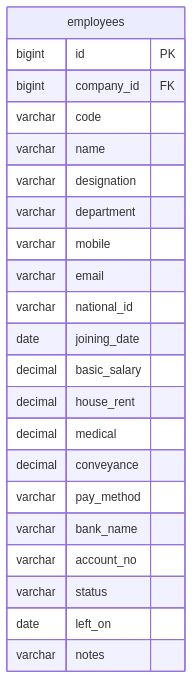
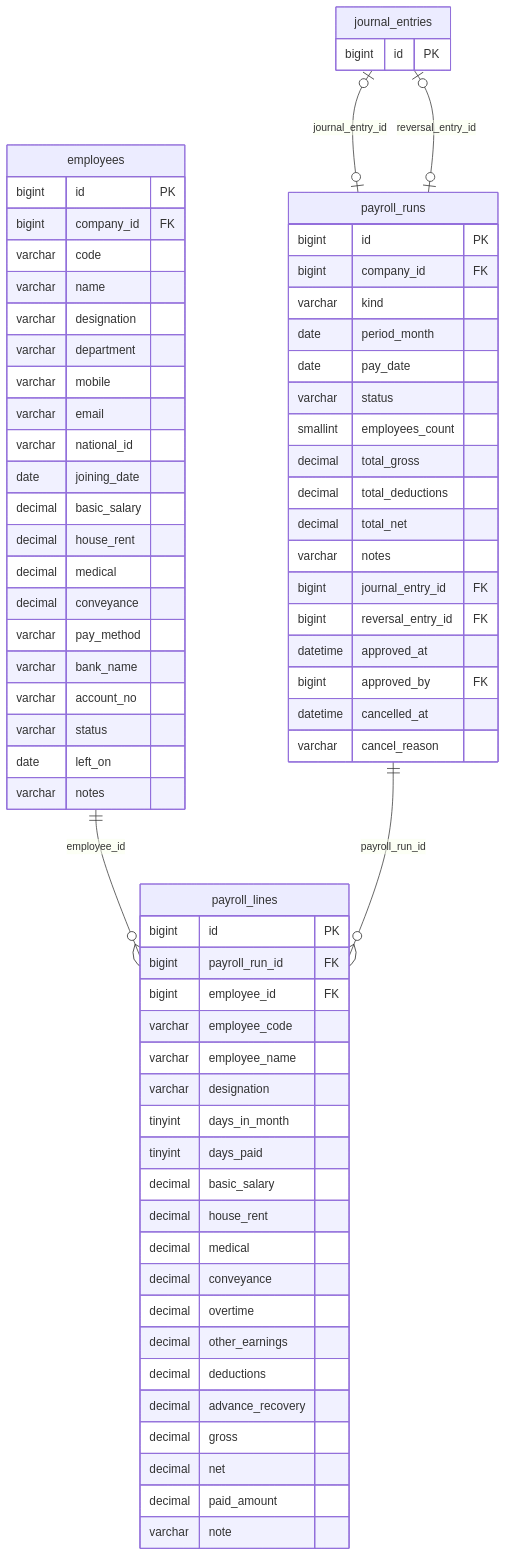
Diagram 11 of 11 in docs/04-Database-Design.md (Samin1362/Pluto-ERP-Project-Backend), drawn with Mermaid before and after one commit. The commit also changed other lines of this file and 138 other files, not shown here.

Commit message:
PEP-521: monthly salary sheets (prorated, approve posts, cancel reverses), Contract changed

````diff
--- a/docs/04-Database-Design.md
+++ b/docs/04-Database-Design.md
@@ -1989,25 +1989,73 @@
 ```mermaid
 erDiagram
     employees {
         bigint id PK
         bigint company_id FK
         varchar code
         varchar name
         varchar designation
         varchar department
         varchar mobile
         varchar email
         varchar national_id
         date joining_date
         decimal basic_salary
         decimal house_rent
         decimal medical
         decimal conveyance
         varchar pay_method
         varchar bank_name
         varchar account_no
         varchar status
         date left_on
         varchar notes
     }
+    payroll_runs {
+        bigint id PK
+        bigint company_id FK
+        varchar kind
+        date period_month
+        date pay_date
+        varchar status
+        smallint employees_count
+        decimal total_gross
+        decimal total_deductions
+        decimal total_net
+        varchar notes
+        bigint journal_entry_id FK
+        bigint reversal_entry_id FK
+        datetime approved_at
+        bigint approved_by FK
+        datetime cancelled_at
+        varchar cancel_reason
+    }
+    payroll_lines {
+        bigint id PK
+        bigint payroll_run_id FK
+        bigint employee_id FK
+        varchar employee_code
+        varchar employee_name
+        varchar designation
+        tinyint days_in_month
+        tinyint days_paid
+        decimal basic_salary
+        decimal house_rent
+        decimal medical
+        decimal conveyance
+        decimal overtime
+        decimal other_earnings
+        decimal deductions
+        decimal advance_recovery
+        decimal gross
+        decimal net
+        decimal paid_amount
+        varchar note
+    }
+    journal_entries {
+        bigint id PK
+    }
+    employees ||--o{ payroll_lines : "employee_id"
+    journal_entries |o--o| payroll_runs : "journal_entry_id"
+    journal_entries |o--o| payroll_runs : "reversal_entry_id"
+    payroll_runs ||--o{ payroll_lines : "payroll_run_id"
 ```
````
